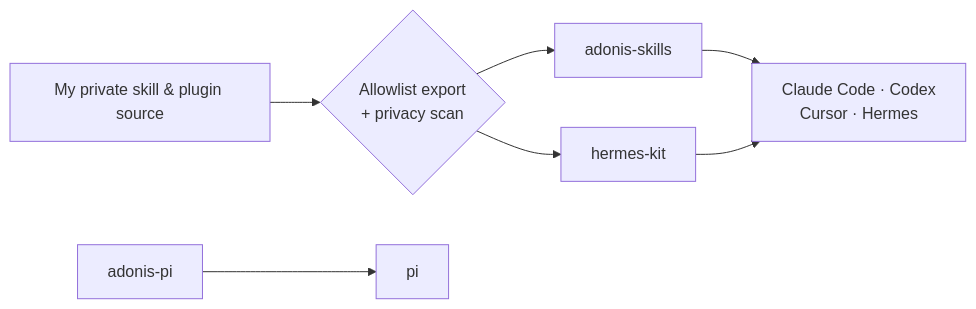
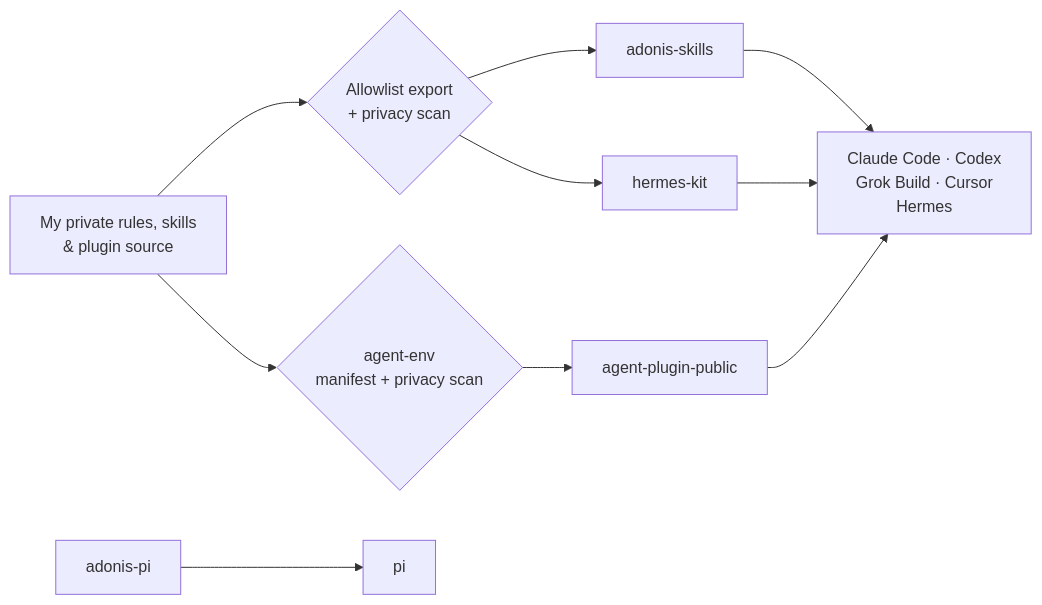
Before and after one commit to Adonis0123/Adonis0123: the diagram in README.md, drawn with Mermaid. The commit also changed other lines of this file and 4 other files, not shown here.

First line of the commit message:
📝 docs(profile): feature agent-env and refresh the sideby blurb

````diff
--- a/README.md
+++ b/README.md
@@ -38,9 +49,12 @@
 ```mermaid
 flowchart LR
-  SRC["My private skill & plugin source"] --> GATE{"Allowlist export<br/>+ privacy scan"}
+  SRC["My private rules, skills<br/>& plugin source"] --> GATE{"Allowlist export<br/>+ privacy scan"}
   GATE --> SK["adonis-skills"]
   GATE --> HK["hermes-kit"]
-  SK --> HOSTS["Claude Code · Codex<br/>Cursor · Hermes"]
+  SRC --> AE{"agent-env<br/>manifest + privacy scan"}
+  AE --> PUB["agent-plugin-public"]
+  SK --> HOSTS["Claude Code · Codex<br/>Grok Build · Cursor<br/>Hermes"]
   HK --> HOSTS
+  PUB --> HOSTS
   PI["adonis-pi"] --> P["pi"]
 ```
````
